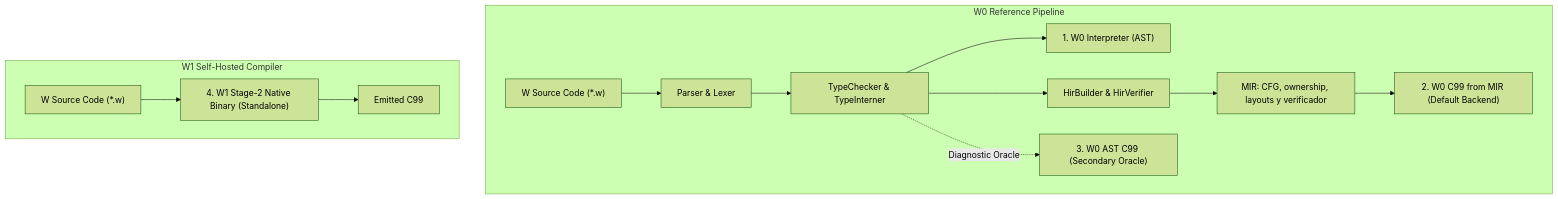
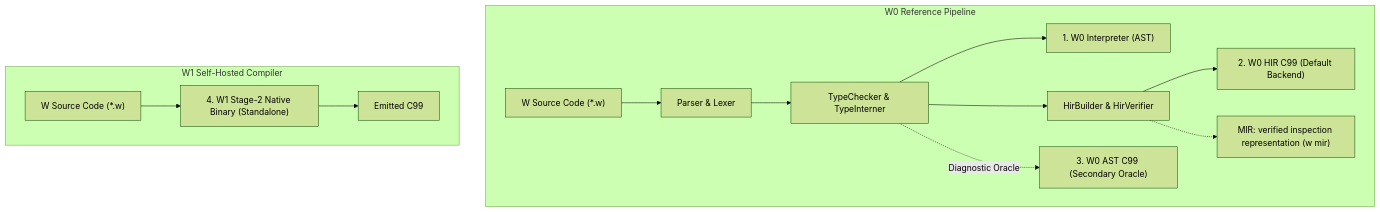
The diagram in docs/ENGINE_PARITY_MATRIX.md (WashingtonYandun/W), drawn with Mermaid (forest theme) before and after one commit. The commit also changed other lines of this file, not shown here.

````diff
--- a/docs/ENGINE_PARITY_MATRIX.md
+++ b/docs/ENGINE_PARITY_MATRIX.md
@@ -11,17 +11,17 @@
 ```mermaid
 flowchart TD
     subgraph W0 Reference Pipeline [W0 Reference Pipeline]
         SRC["W Source Code (*.w)"] --> P["Parser & Lexer"]
         P --> TC["TypeChecker & TypeInterner"]
         TC --> INTERP["1. W0 Interpreter (AST)"]
         TC --> HIR["HirBuilder & HirVerifier"]
-        HIR --> MIR["MIR: CFG, ownership, layouts y verificador"]
-        MIR --> HIR_C["2. W0 C99 from MIR (Default Backend)"]
+        HIR --> HIR_C["2. W0 HIR C99 (Default Backend)"]
+        HIR -.-> MIR["MIR: verified inspection representation (w mir)"]
         TC -.->|Diagnostic Oracle| AST_C["3. W0 AST C99 (Secondary Oracle)"]
     end
 
     subgraph W1 Self-Hosted Pipeline [W1 Self-Hosted Compiler]
         SRC2["W Source Code (*.w)"] --> W1_BIN["4. W1 Stage-2 Native Binary (Standalone)"]
         W1_BIN --> NATIVE_C["Emitted C99"]
     end
 ```
````
